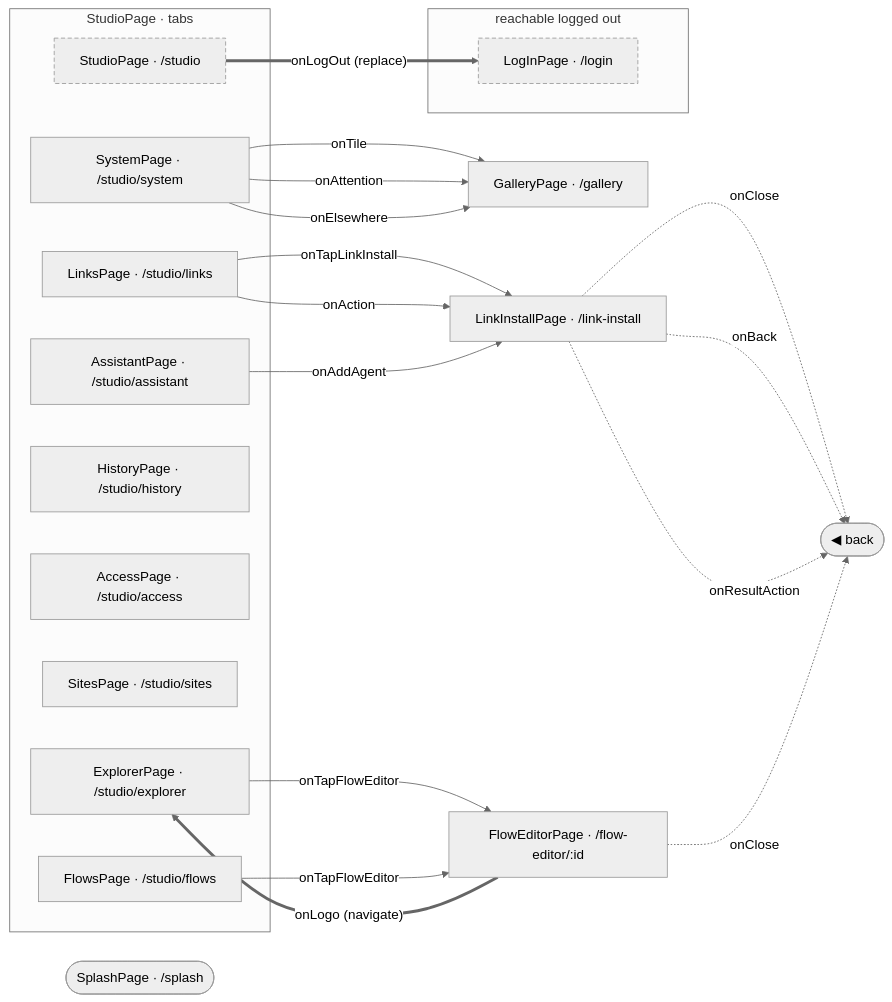
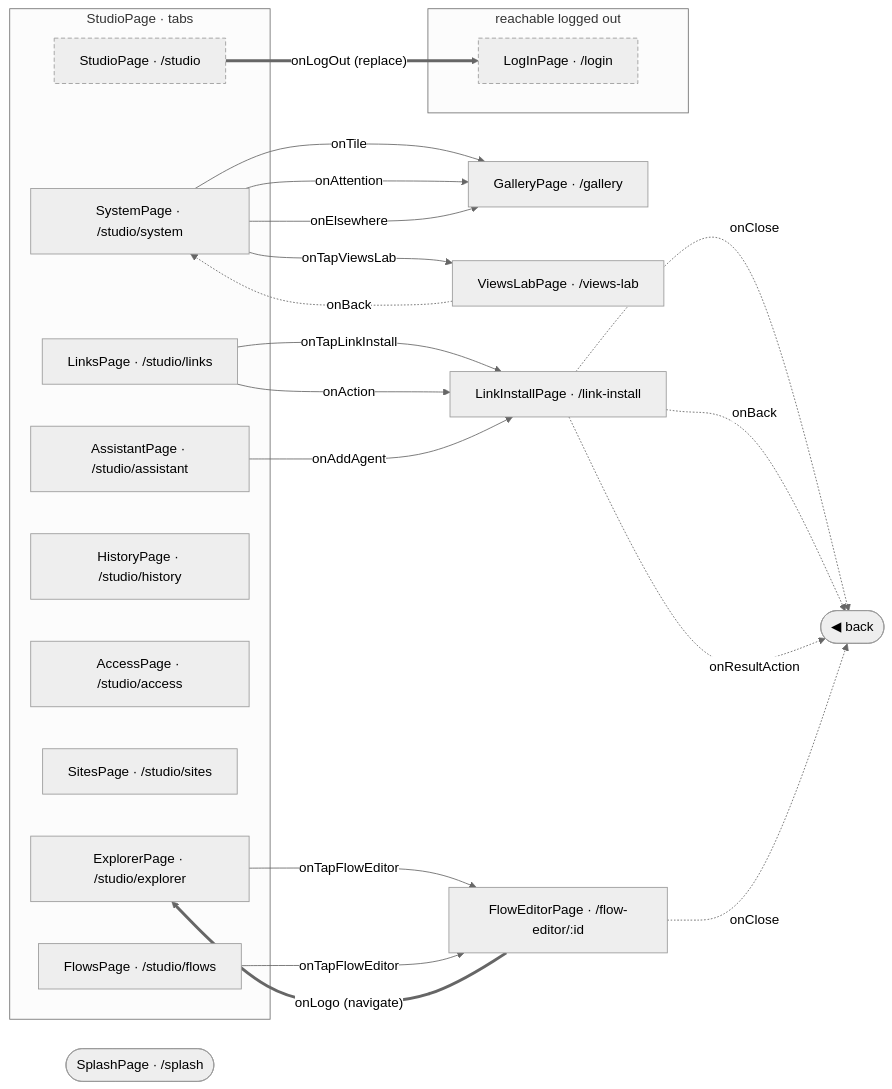
The diagram in studio/docs/flows/README.md (gencto/wyrm), drawn with Mermaid (neutral theme) before and after one commit. The commit also changed other lines of this file and 89 other files, not shown here.

Commit message:
studio: wip: views lab, a GenUI prototype (catalog wyrm:views/0.1, bridge, checks, project shell)

````diff
--- a/studio/docs/flows/README.md
+++ b/studio/docs/flows/README.md
@@ -7,40 +7,43 @@
 ```mermaid
 flowchart LR
     subgraph frxPublic["reachable logged out"]
         logIn["LogInPage · /login"]
     end
     splash(["SplashPage · /splash"])
     gallery["GalleryPage · /gallery"]
     subgraph frxTabs_studio["StudioPage · tabs"]
         studio["StudioPage · /studio"]
         explorer["ExplorerPage · /studio/explorer"]
         links["LinksPage · /studio/links"]
         flows["FlowsPage · /studio/flows"]
         history["HistoryPage · /studio/history"]
         access["AccessPage · /studio/access"]
         sites["SitesPage · /studio/sites"]
         assistant["AssistantPage · /studio/assistant"]
         system["SystemPage · /studio/system"]
     end
     linkInstall["LinkInstallPage · /link-install"]
     flowEditor["FlowEditorPage · /flow-editor/:id"]
+    viewsLab["ViewsLabPage · /views-lab"]
     frxBack(["◀ back"])
 
     studio ==>|"onLogOut (replace)"| logIn
     explorer -->|"onTapFlowEditor"| flowEditor
     links -->|"onTapLinkInstall"| linkInstall
     links -->|"onAction"| linkInstall
     flows -->|"onTapFlowEditor"| flowEditor
     assistant -->|"onAddAgent"| linkInstall
     system -->|"onTile"| gallery
     system -->|"onAttention"| gallery
     system -->|"onElsewhere"| gallery
+    system -->|"onTapViewsLab"| viewsLab
     linkInstall -.->|"onClose"| frxBack
     linkInstall -.->|"onBack"| frxBack
     linkInstall -.->|"onResultAction"| frxBack
     flowEditor -.->|"onClose"| frxBack
     flowEditor ==>|"onLogo (navigate)"| explorer
+    viewsLab -.->|"onBack"| system
 
     classDef frxEntry stroke-dasharray: 5 3
     class logIn,studio frxEntry
 ```
````
